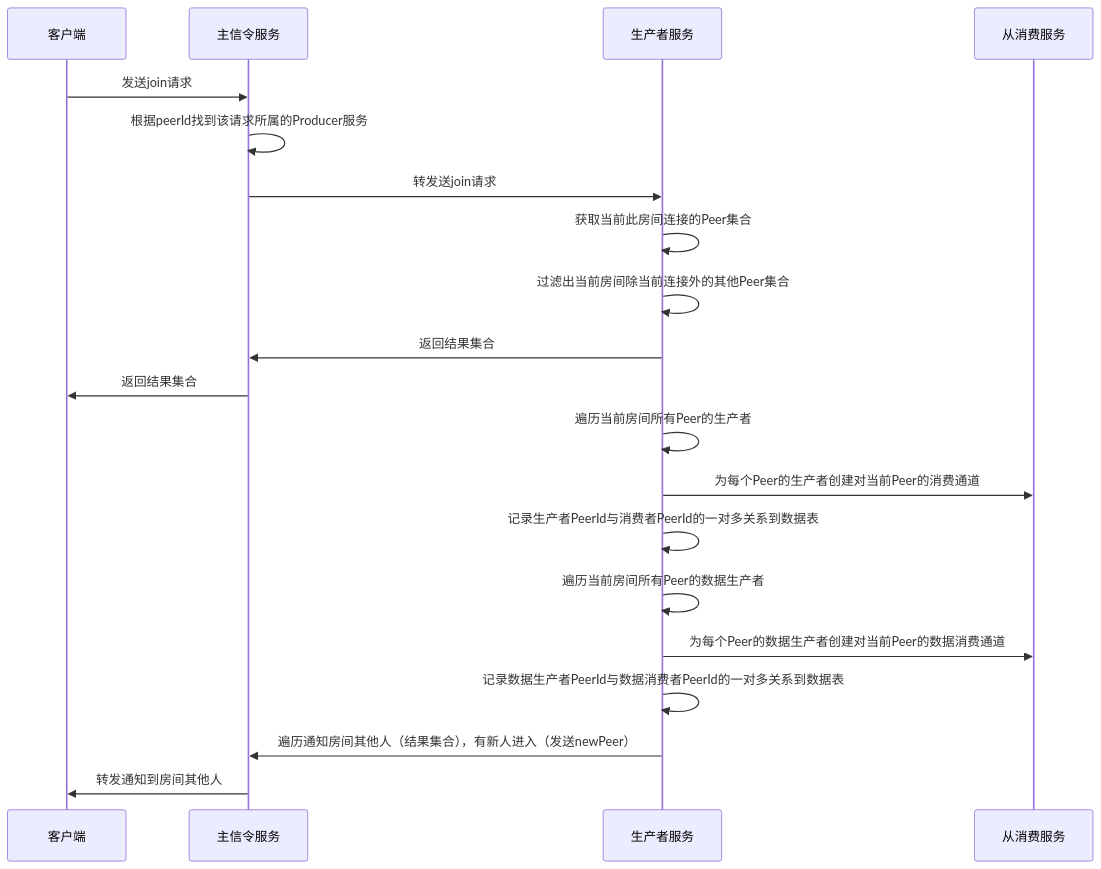
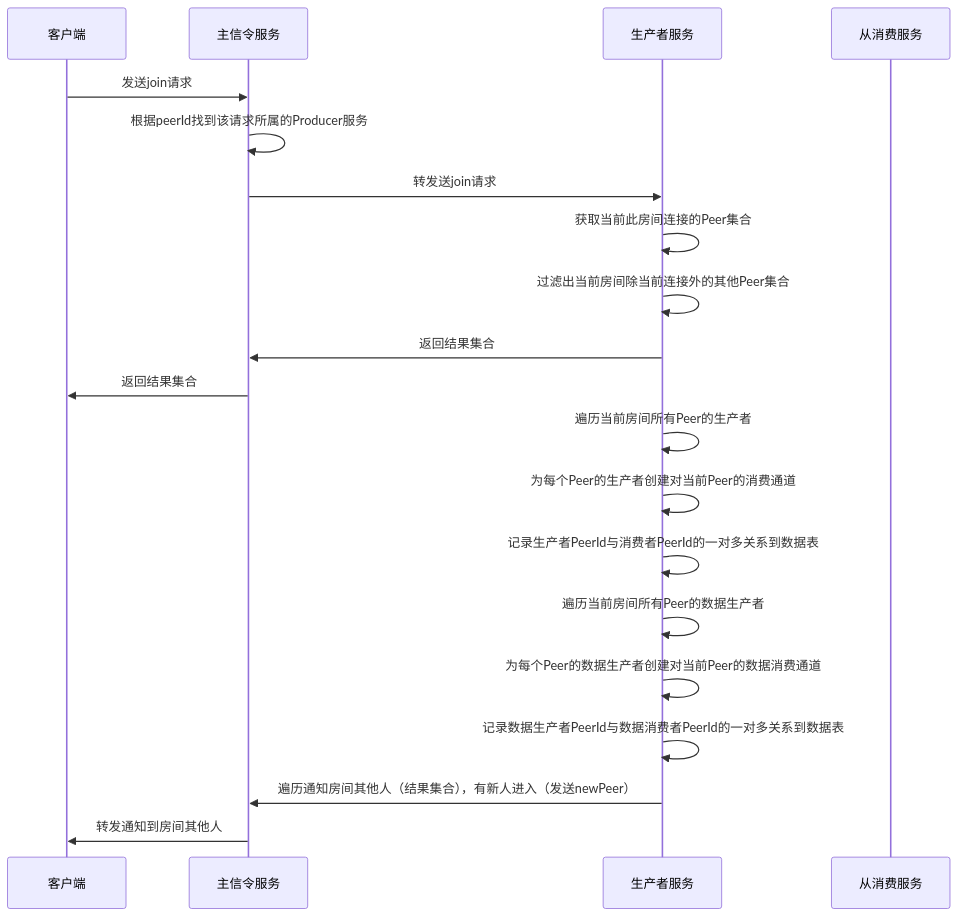
Before and after one commit to long12310225/mediasoup-cluster: the diagram in docs/流程图/信令流程/004_join.md, drawn with Mermaid. The commit also changed other lines of this file and 189 other files, not shown here.

````diff
--- a/docs/流程图/信令流程/004_join.md
+++ b/docs/流程图/信令流程/004_join.md
@@ -1,23 +1,23 @@
 ```mermaid
 sequenceDiagram
     participant Client as 客户端
     participant Master as 主信令服务
     participant Producer as 生产者服务
     participant Consumer as 从消费服务
     
     Client->>Master: 发送join请求
     Master->>Master: 根据peerId找到该请求所属的Producer服务
     Master->>Producer: 转发送join请求
     Producer->>Producer: 获取当前此房间连接的Peer集合
     Producer->>Producer: 过滤出当前房间除当前连接外的其他Peer集合
     Producer->>Master: 返回结果集合
     Master->>Client: 返回结果集合
     Producer->>Producer: 遍历当前房间所有Peer的生产者
-    Producer->>Consumer: 为每个Peer的生产者创建对当前Peer的消费通道
+    Producer->>Producer: 为每个Peer的生产者创建对当前Peer的消费通道
     Producer->>Producer: 记录生产者PeerId与消费者PeerId的一对多关系到数据表
     Producer->>Producer: 遍历当前房间所有Peer的数据生产者
-    Producer->>Consumer: 为每个Peer的数据生产者创建对当前Peer的数据消费通道
+    Producer->>Producer: 为每个Peer的数据生产者创建对当前Peer的数据消费通道
     Producer->>Producer: 记录数据生产者PeerId与数据消费者PeerId的一对多关系到数据表
     Producer->>Master: 遍历通知房间其他人（结果集合），有新人进入（发送newPeer）
     Master->>Client: 转发通知到房间其他人
 ```
````
